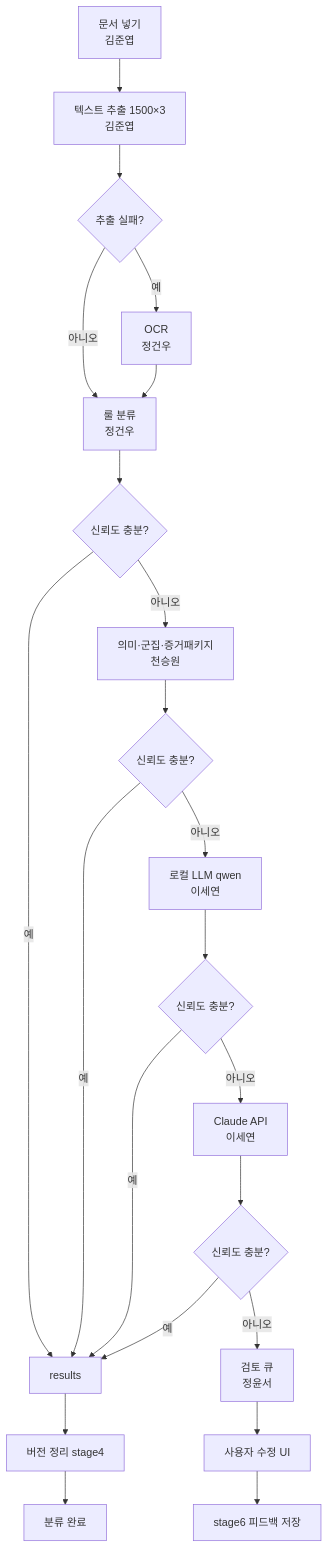
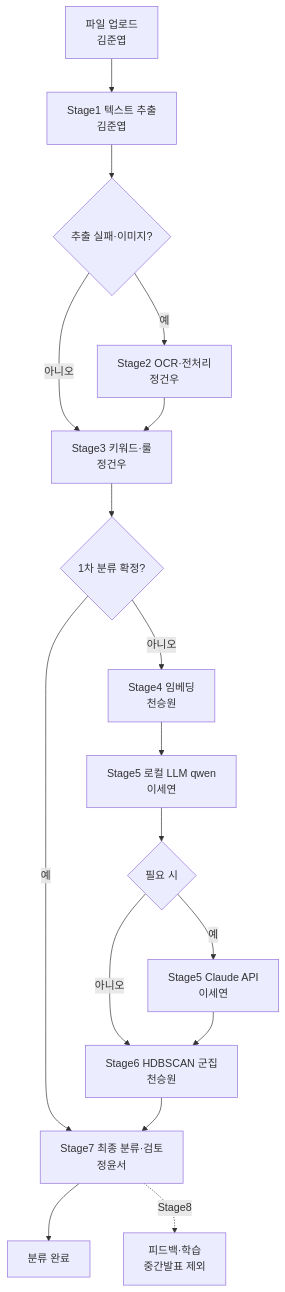
The diagram in rules/CONVENTIONS.md (junyeop10/-), drawn with Mermaid before and after one commit. The commit also changed other lines of this file and 2 other files, not shown here.

Commit message:
docs: 플로우차트 v2 파이프라인·브랜치 구조 반영

````diff
--- a/rules/CONVENTIONS.md
+++ b/rules/CONVENTIONS.md
@@ -345,24 +365,19 @@
 ```mermaid
 flowchart TD
-    A[문서 넣기<br/>김준엽] --> B[텍스트 추출 1500×3<br/>김준엽]
-    B --> C{추출 실패?}
-    C -->|예| D[OCR<br/>정건우]
-    C -->|아니오| E[룰 분류<br/>정건우]
-    D --> E
-    E --> F{신뢰도 충분?}
-    F -->|아니오| G[의미·군집·증거패키지<br/>천승원]
-    F -->|예| Z[results]
-    G --> H{신뢰도 충분?}
-    H -->|아니오| I[로컬 LLM qwen<br/>이세연]
-    H -->|예| Z
-    I --> J{신뢰도 충분?}
-    J -->|아니오| K[Claude API<br/>이세연]
-    J -->|예| Z
-    K --> L{신뢰도 충분?}
-    L -->|예| Z
-    L -->|아니오| M[검토 큐<br/>정윤서]
-    Z --> N[버전 정리 stage4]
-    N --> O[분류 완료]
-    M --> P[사용자 수정 UI]
-    P --> Q[stage6 피드백 저장]
+    U[파일 업로드<br/>김준엽] --> S1[Stage1 텍스트 추출<br/>김준엽]
+    S1 --> S2{추출 실패·이미지?}
+    S2 -->|예| S2O[Stage2 OCR·전처리<br/>정건우]
+    S2 -->|아니오| S3[Stage3 키워드·룰<br/>정건우]
+    S2O --> S3
+    S3 --> S3OK{1차 분류 확정?}
+    S3OK -->|예| S7
+    S3OK -->|아니오| S4[Stage4 임베딩<br/>천승원]
+    S4 --> S5L[Stage5 로컬 LLM qwen<br/>이세연]
+    S5L --> S5C{필요 시}
+    S5C -->|예| S5A[Stage5 Claude API<br/>이세연]
+    S5C -->|아니오| S6
+    S5A --> S6[Stage6 HDBSCAN 군집<br/>천승원]
+    S6 --> S7[Stage7 최종 분류·검토<br/>정윤서]
+    S7 --> END[분류 완료]
+    S7 -.->|Stage8| S8[피드백·학습<br/>중간발표 제외]
 ```
````
